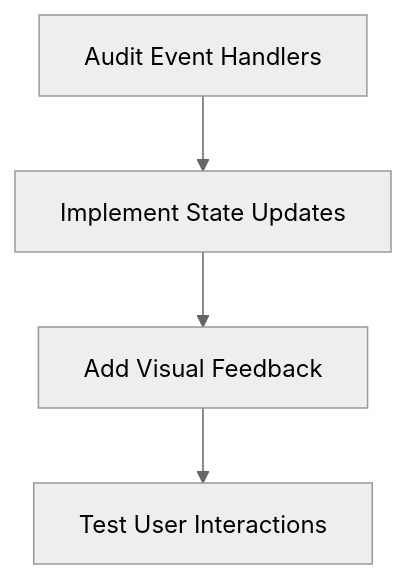
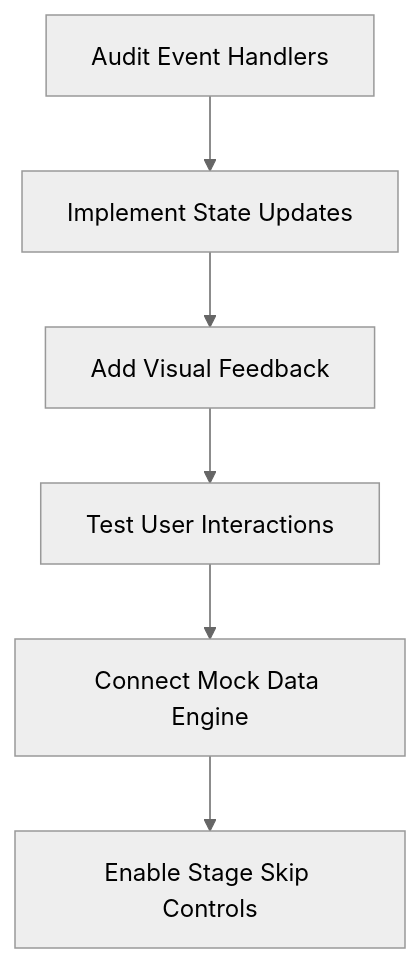
The first of 3 diagrams in I-MELT_DEMO_ISSUES_AND_RESOLUTION_PLAN.md (CONE-RED/I-MELT-demo), drawn with Mermaid (neutral theme) before and after one commit. The commit also changed other lines of this file and 55 other files, not shown here.

````diff
--- a/I-MELT_DEMO_ISSUES_AND_RESOLUTION_PLAN.md
+++ b/I-MELT_DEMO_ISSUES_AND_RESOLUTION_PLAN.md
@@ -94,6 +94,8 @@
 ```mermaid
 graph TD
     A[Audit Event Handlers] --> B[Implement State Updates]
     B --> C[Add Visual Feedback]
     C --> D[Test User Interactions]
+    D --> E[Connect Mock Data Engine]
+    E --> F[Enable Stage Skip Controls]
 ```
````
